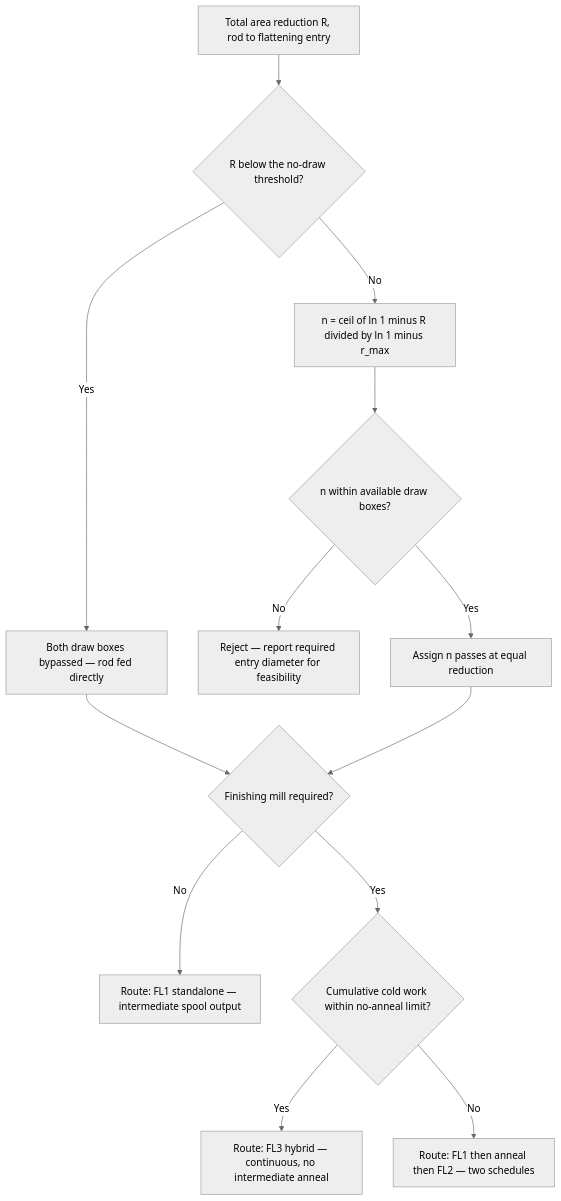
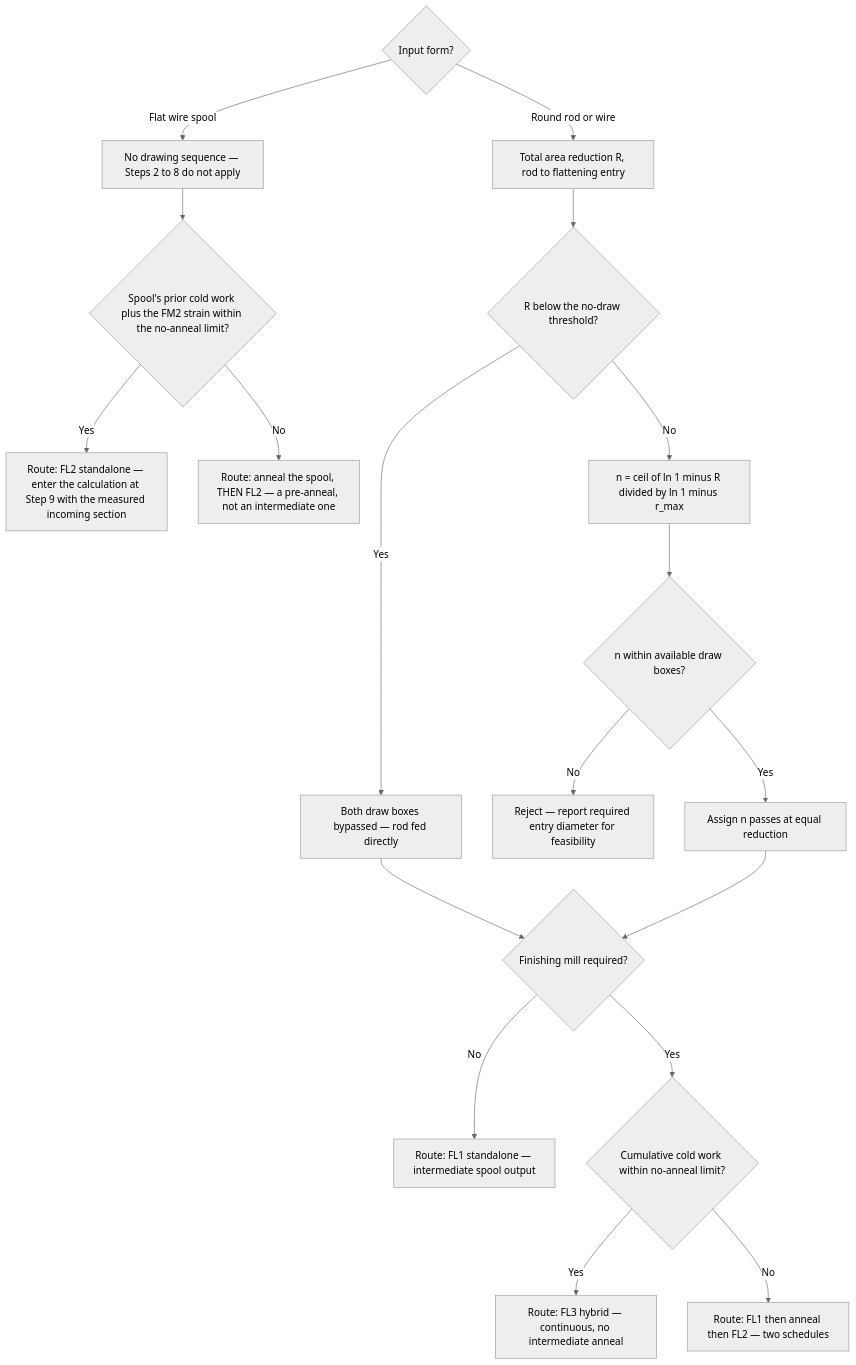
One commit to UnitedAluminum/Flatwire-planning changed the second of 2 diagrams in LatestDocument/RequirementDocuments/PassScheduleGenerationSpec.md. Above: the diagram before and after it, drawn with Mermaid (neutral theme). The commit also changed other lines of this file and 50 other files, not shown here.

````diff
--- a/LatestDocument/RequirementDocuments/PassScheduleGenerationSpec.md
+++ b/LatestDocument/RequirementDocuments/PassScheduleGenerationSpec.md
@@ -810,15 +1183,20 @@
 ```mermaid
 flowchart TD
-    A["Total area reduction R, rod to flattening entry"] --> B{"R below the no-draw threshold?"}
+    Z{"Input form?"} -- "Flat wire spool" --> Y["No drawing sequence — Steps 2 to 8 do not apply"]
+    Y --> Y2{"Spool's prior cold work plus the FM2 strain within the no-anneal limit?"}
+    Y2 -- Yes --> X["Route: FL2 standalone — enter the calculation at Step 9 with the measured incoming section"]
+    Y2 -- No --> W["Route: anneal the spool, THEN FL2 — a pre-anneal, not an intermediate one"]
+    Z -- "Round rod or wire" --> A["Total area reduction R, rod to flattening entry"]
+    A --> B{"R below the no-draw threshold?"}
     B -- Yes --> C["Both draw boxes bypassed — rod fed directly"]
     B -- No --> D["n = ceil of ln 1 minus R divided by ln 1 minus r_max"]
     D --> E{"n within available draw boxes?"}
     E -- No --> F["Reject — report required entry diameter for feasibility"]
     E -- Yes --> G["Assign n passes at equal reduction"]
     C --> H
     G --> H{"Finishing mill required?"}
     H -- No --> I["Route: FL1 standalone — intermediate spool output"]
     H -- Yes --> J{"Cumulative cold work within no-anneal limit?"}
     J -- Yes --> K["Route: FL3 hybrid — continuous, no intermediate anneal"]
     J -- No --> L["Route: FL1 then anneal then FL2 — two schedules"]
 ```
````
